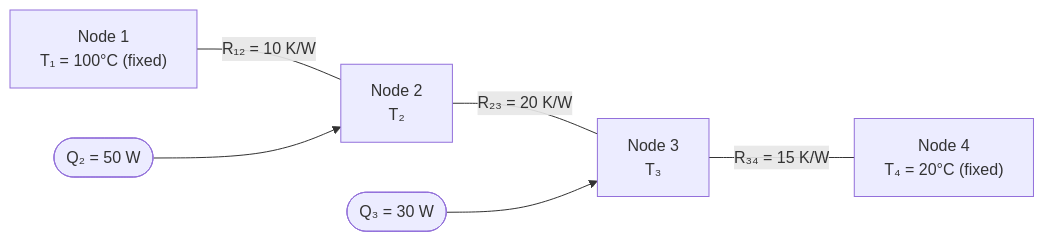
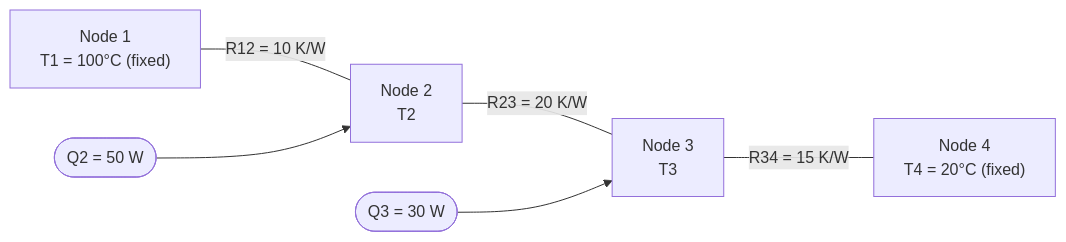
One commit to Choroning/26Spring_Numerical-Analysis changed the first of 2 diagrams in Lecture-Notes/Ch10_LU-Factorization/Concepts_Lab.md. Above: the diagram before and after it, drawn with Mermaid. The commit also changed other lines of this file and 41 other files, not shown here.

````diff
--- a/Lecture-Notes/Ch10_LU-Factorization/Concepts_Lab.md
+++ b/Lecture-Notes/Ch10_LU-Factorization/Concepts_Lab.md
@@ -174,8 +174,8 @@
 ```mermaid
 flowchart LR
-    N1["Node 1<br>T₁ = 100°C (fixed)"] ---|"R₁₂ = 10 K/W"| N2["Node 2<br>T₂"]
-    N2 ---|"R₂₃ = 20 K/W"| N3["Node 3<br>T₃"]
-    N3 ---|"R₃₄ = 15 K/W"| N4["Node 4<br>T₄ = 20°C (fixed)"]
-    Q2(["Q₂ = 50 W"]) --> N2
-    Q3(["Q₃ = 30 W"]) --> N3
+    N1["Node 1<br>T1 = 100°C (fixed)"] ---|"R12 = 10 K/W"| N2["Node 2<br>T2"]
+    N2 ---|"R23 = 20 K/W"| N3["Node 3<br>T3"]
+    N3 ---|"R34 = 15 K/W"| N4["Node 4<br>T4 = 20°C (fixed)"]
+    Q2(["Q2 = 50 W"]) --> N2
+    Q3(["Q3 = 30 W"]) --> N3
 ```
````
